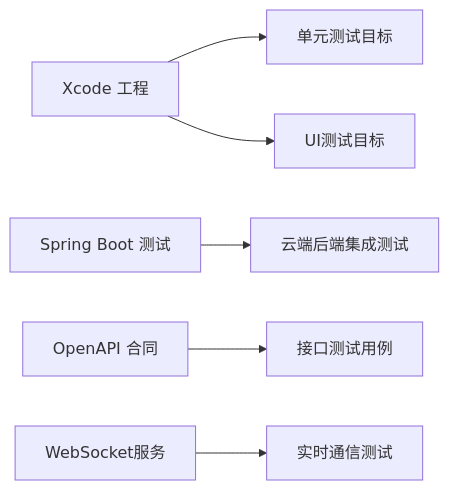
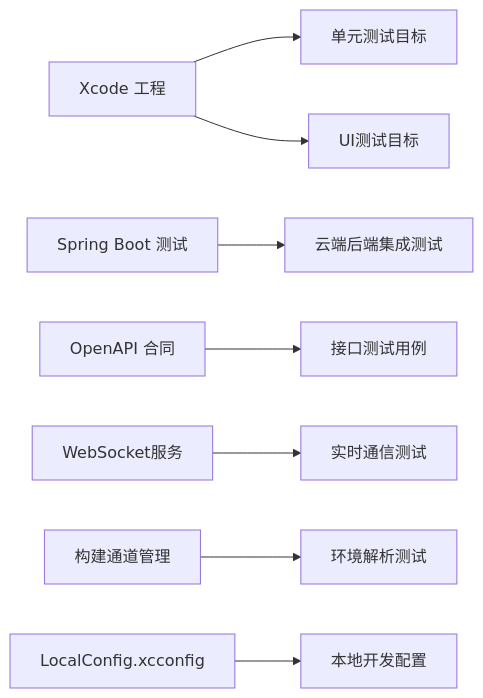
One commit to Jayden23018/blind-run-ios changed the ninth of 9 diagrams in .qoder/repowiki/zh/content/测试策略/测试自动化与持续集成.md. Above: the diagram before and after it, drawn with Mermaid. The commit also changed other lines of this file and 20 other files, not shown here.

````diff
--- a/.qoder/repowiki/zh/content/测试策略/测试自动化与持续集成.md
+++ b/.qoder/repowiki/zh/content/测试策略/测试自动化与持续集成.md
@@ -340,8 +503,10 @@
 ```mermaid
 graph LR
 A["Xcode 工程"] --> B["单元测试目标"]
 A --> C["UI测试目标"]
 D["Spring Boot 测试"] --> E["云端后端集成测试"]
 F["OpenAPI 合同"] --> G["接口测试用例"]
 H["WebSocket服务"] --> I["实时通信测试"]
+J["构建通道管理"] --> K["环境解析测试"]
+L["LocalConfig.xcconfig"] --> M["本地开发配置"]
 ```
````
